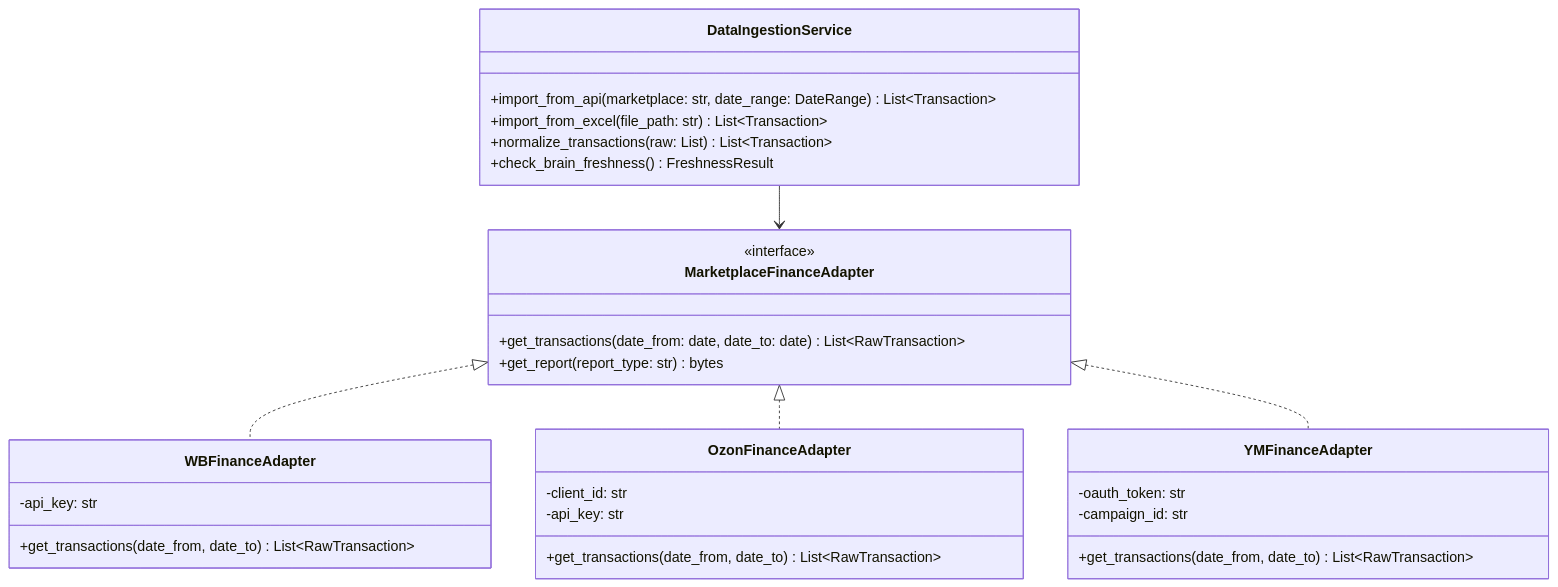
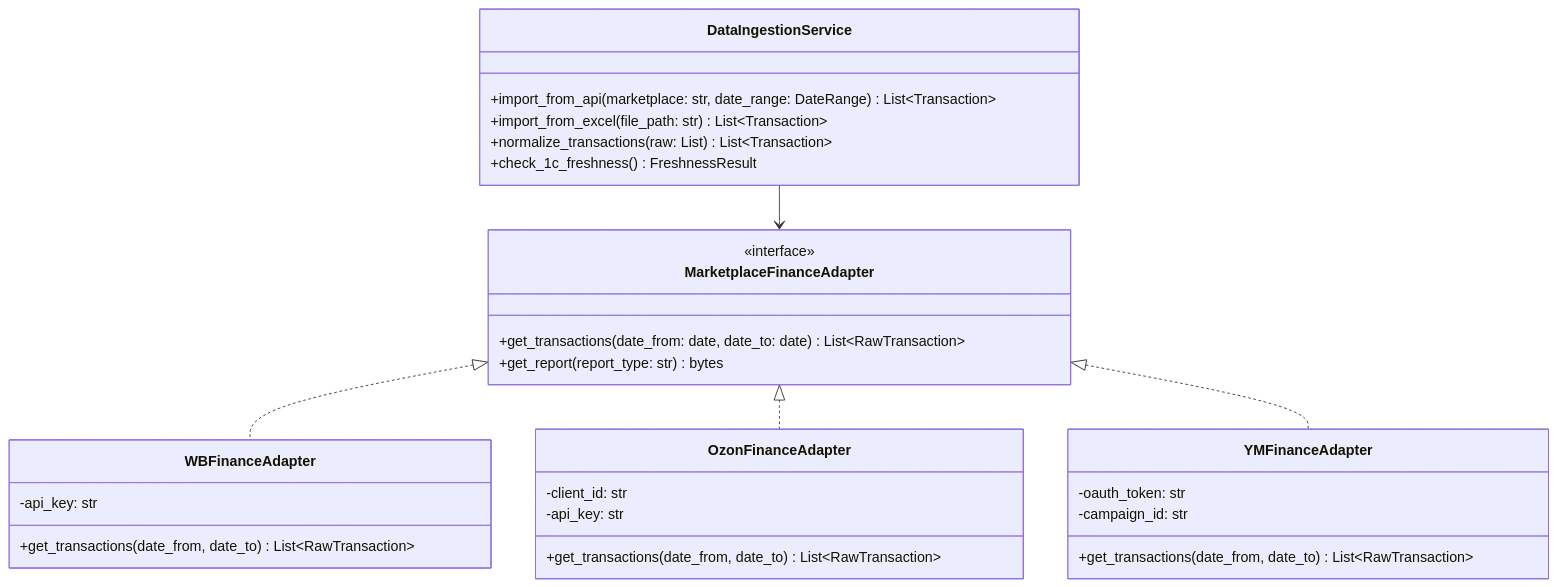
Before and after one commit to Sign25/Docs: the fifth of 7 diagrams in cfo/adolf_cfo_1_architecture.md, drawn with Mermaid. The commit also changed other lines of this file, not shown here.

Commit message:
refactor(cfo): rename brain_* -> 1C_*, update A1 links to 1cexport

````diff
--- a/cfo/adolf_cfo_1_architecture.md
+++ b/cfo/adolf_cfo_1_architecture.md
@@ -473,38 +473,38 @@
 ```mermaid
 classDiagram
     class DataIngestionService {
         +import_from_api(marketplace: str, date_range: DateRange) List~Transaction~
         +import_from_excel(file_path: str) List~Transaction~
         +normalize_transactions(raw: List) List~Transaction~
-        +check_brain_freshness() FreshnessResult
+        +check_1c_freshness() FreshnessResult
     }
 
     class MarketplaceFinanceAdapter {
         <<interface>>
         +get_transactions(date_from: date, date_to: date) List~RawTransaction~
         +get_report(report_type: str) bytes
     }
 
     class WBFinanceAdapter {
         -api_key: str
         +get_transactions(date_from, date_to) List~RawTransaction~
     }
 
     class OzonFinanceAdapter {
         -client_id: str
         -api_key: str
         +get_transactions(date_from, date_to) List~RawTransaction~
     }
 
     class YMFinanceAdapter {
         -oauth_token: str
         -campaign_id: str
         +get_transactions(date_from, date_to) List~RawTransaction~
     }
 
     MarketplaceFinanceAdapter <|.. WBFinanceAdapter
     MarketplaceFinanceAdapter <|.. OzonFinanceAdapter
     MarketplaceFinanceAdapter <|.. YMFinanceAdapter
     
     DataIngestionService --> MarketplaceFinanceAdapter
 ```
````
